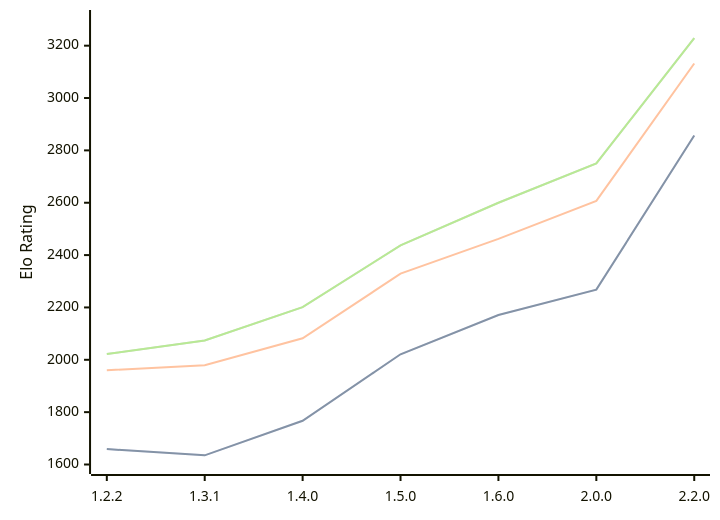
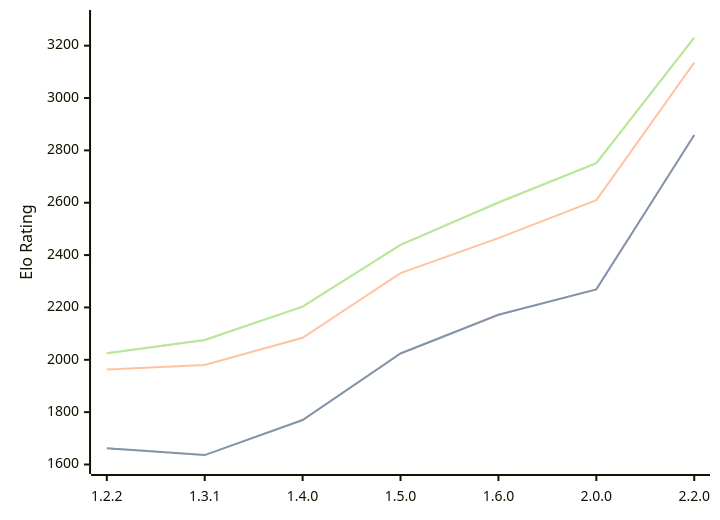
Before and after one commit to computer-chess-index/cci: the diagram in engines/SoloEngine.md, drawn with Mermaid. The commit also changed other lines of this file, not shown here.

Commit message:
Update CCI Ratings (ELO VLTC) - 2026-08-23

````diff
--- a/engines/SoloEngine.md
+++ b/engines/SoloEngine.md
@@ -38,11 +38,11 @@
 ```mermaid
 %%{init: {"theme":"base","themeVariables":{"seriesColors:['#a3a3a3','#222221','#faa371']}}}%%
 xychart-beta
   x-axis ["1.2.2", "1.3.1", "1.4.0", "1.5.0", "1.6.0", "2.0.0", "2.2.0"]
   y-axis "Elo Rating" 1600 --> 3300
-  line "STC (8.0+0.08s)" [1659, 1635, 1767, 2021, 2171, 2268, 2857]
-  line "STC (8.0+0.08s)" [1659, 1635, 1767, 2021, 2171, 2268, 2857]
-  line "LTC (60.0+0.60s)" [1960, 1979, 2082, 2329, 2462, 2607, 3132]
-  line "VLTC (2m24s+1.12s)" [2022, 2074, 2201, 2437, 2600, 2750, 3229]
-  line "VLTC (2m24s+1.12s)" [2022, 2074, 2201, 2437, 2600, 2750, 3229]
+  line "STC (8.0+0.08s)" [1662, 1636, 1770, 2024, 2172, 2269, 2859]
+  line "STC (8.0+0.08s)" [1662, 1636, 1770, 2024, 2172, 2269, 2859]
+  line "LTC (60.0+0.60s)" [1963, 1980, 2084, 2331, 2465, 2610, 3135]
+  line "VLTC (2m24s+1.12s)" [2025, 2076, 2203, 2439, 2601, 2751, 3231]
+  line "VLTC (2m24s+1.12s)" [2025, 2076, 2203, 2439, 2601, 2751, 3231]
 ```
````
